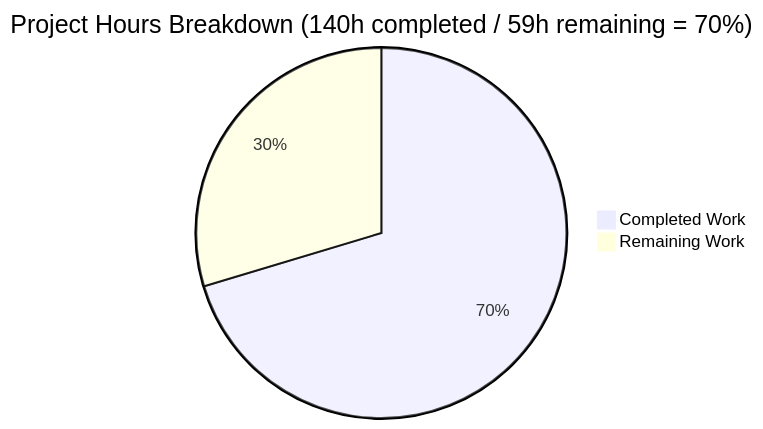
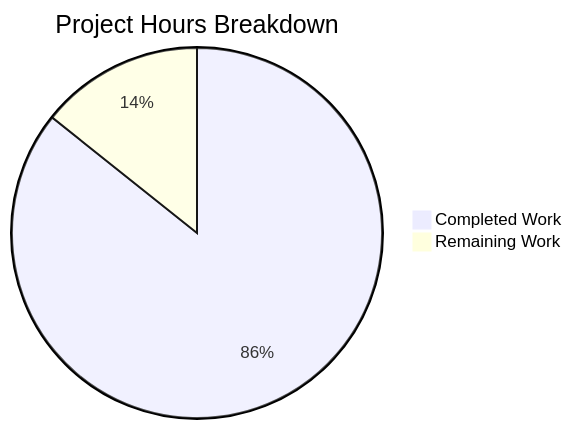
Before and after one commit to Blitzy-Sandbox/blitzy-nginx: the diagram in blitzy/documentation/Project Guide.md, drawn with Mermaid. The commit also changed other lines of this file, not shown here.

Commit message:
Adding Blitzy Project Guide: Project Status and Human Tasks Remaining

````diff
--- a/blitzy/documentation/Project Guide.md
+++ b/blitzy/documentation/Project Guide.md
@@ -28,5 +36,5 @@
 ```mermaid
-pie title Project Hours Breakdown (140h completed / 59h remaining = 70%)
-    "Completed Work" : 140
-    "Remaining Work" : 59
+pie title Project Hours Breakdown
+    "Completed Work" : 120
+    "Remaining Work" : 20
 ```
````
